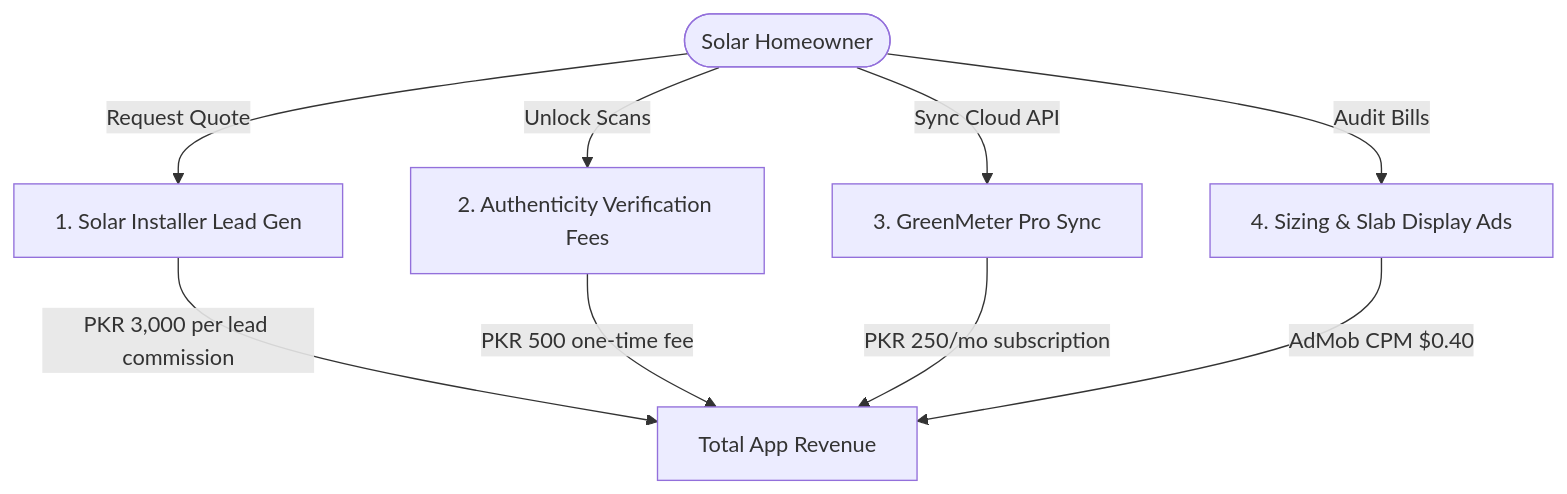
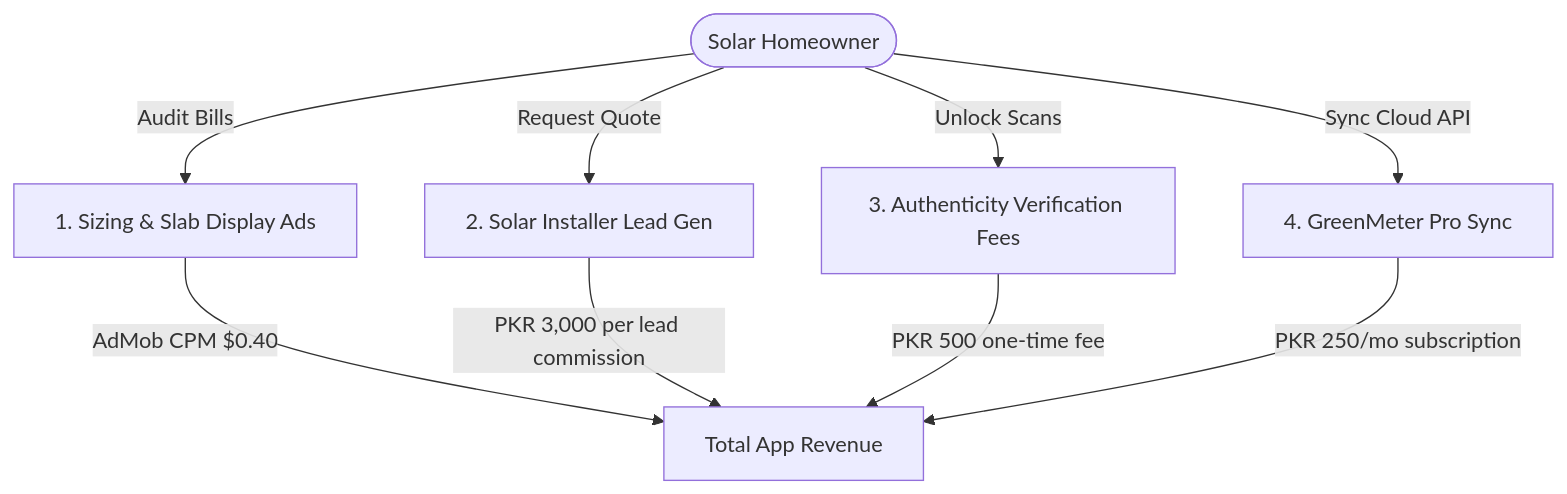
The diagram in GreenMeterCheck/revenue_model.md (hasanjamshaid/androidapps_docs), drawn with Mermaid before and after one commit. The commit also changed other lines of this file and 18 other files, not shown here.

````diff
--- a/GreenMeterCheck/revenue_model.md
+++ b/GreenMeterCheck/revenue_model.md
@@ -23,12 +23,12 @@
 ```mermaid
 graph TD
-    User([Solar Homeowner]) -->|Request Quote| Installers[1. Solar Installer Lead Gen]
-    User -->|Unlock Scans| Audits[2. Authenticity Verification Fees]
-    User -->|Sync Cloud API| Pro[3. GreenMeter Pro Sync]
-    User -->|Audit Bills| Ads[4. Sizing & Slab Display Ads]
+    User([Solar Homeowner]) -->|Audit Bills| Ads[1. Sizing & Slab Display Ads]
+    User -->|Request Quote| Installers[2. Solar Installer Lead Gen]
+    User -->|Unlock Scans| Audits[3. Authenticity Verification Fees]
+    User -->|Sync Cloud API| Pro[4. GreenMeter Pro Sync]
 
-    Installers -->|PKR 3,000 per lead commission| Rev[Total App Revenue]
+    Ads -->|AdMob CPM $0.40| Rev[Total App Revenue]
+    Installers -->|PKR 3,000 per lead commission| Rev
     Audits -->|PKR 500 one-time fee| Rev
     Pro -->|PKR 250/mo subscription| Rev
-    Ads -->|AdMob CPM $0.40| Rev
 ```
````
